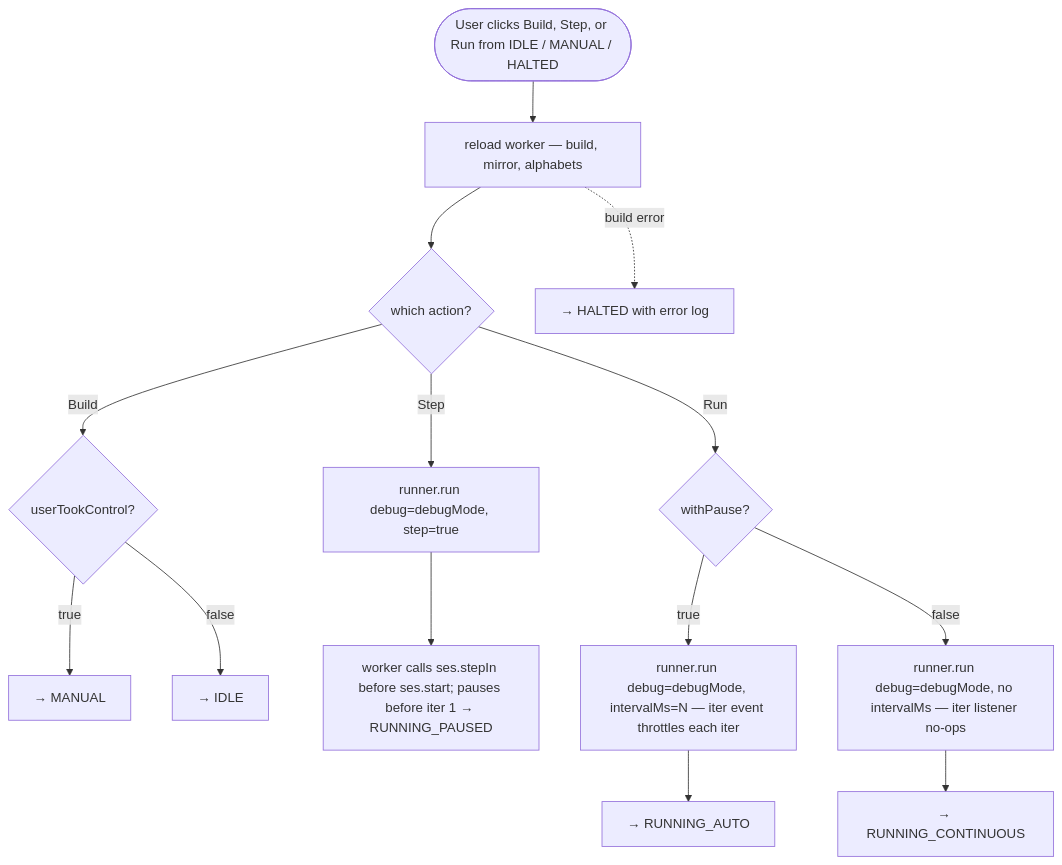
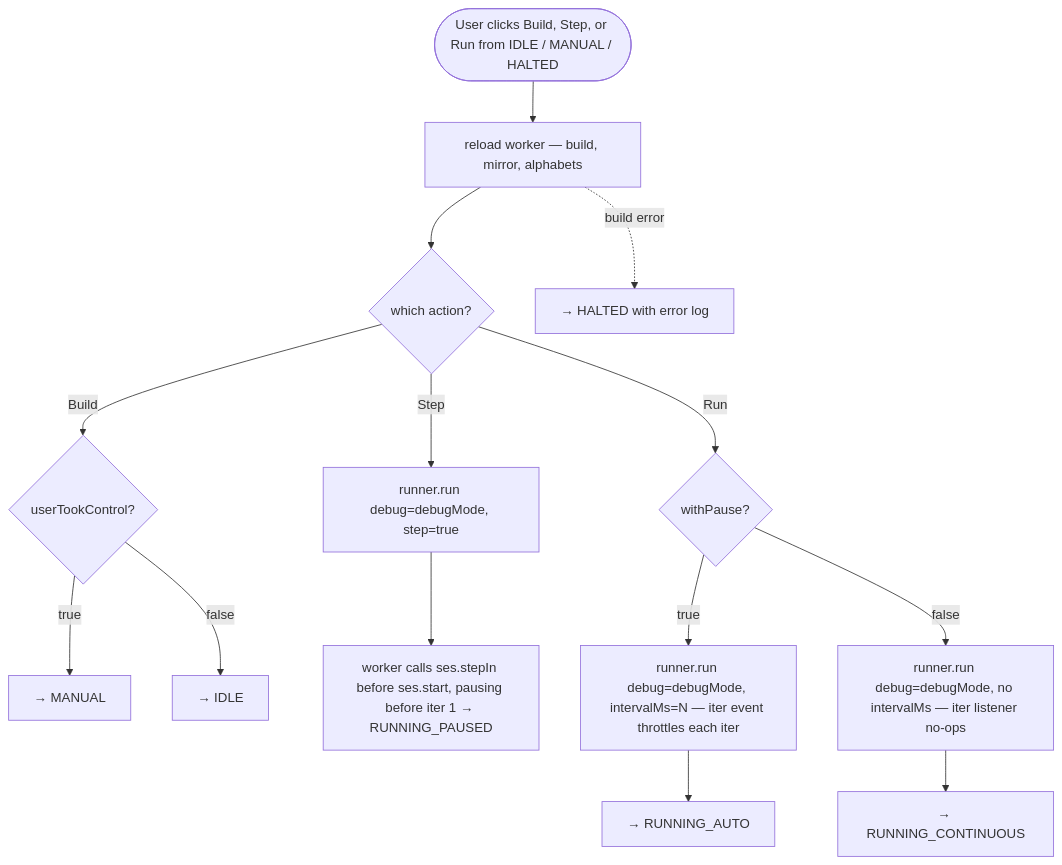
One commit to mellonis/machines-demo changed the second of 3 diagrams in docs/execution-model.md. Above: the diagram before and after it, drawn with Mermaid. The commit also changed other lines of this file, not shown here.

First line of the commit message:
docs: fix Mermaid parse error in execution-model.md (semicolons) (#82)

````diff
--- a/docs/execution-model.md
+++ b/docs/execution-model.md
@@ -179,17 +179,17 @@
 ```mermaid
 flowchart TD
     Start([User clicks Build, Step, or Run from IDLE / MANUAL / HALTED])
     Start --> Reload[reload worker — build, mirror, alphabets]
     Reload --> Action{which action?}
     Reload -. build error .-> ErrorOut[→ HALTED with error log]
     Action -->|Build| Resolve1{userTookControl?}
     Resolve1 -->|true| ManualOut[→ MANUAL]
     Resolve1 -->|false| IdleOut[→ IDLE]
     Action -->|Step| RunStep[runner.run debug=debugMode, step=true]
-    RunStep --> PauseOut[worker calls ses.stepIn before ses.start; pauses before iter 1 → RUNNING_PAUSED]
+    RunStep --> PauseOut[worker calls ses.stepIn before ses.start, pausing before iter 1 → RUNNING_PAUSED]
     Action -->|Run| WithPause{withPause?}
     WithPause -->|true| RunAuto[runner.run debug=debugMode, intervalMs=N — iter event throttles each iter]
     RunAuto --> AutoOut[→ RUNNING_AUTO]
     WithPause -->|false| RunCont[runner.run debug=debugMode, no intervalMs — iter listener no-ops]
     RunCont --> ContOut[→ RUNNING_CONTINUOUS]
 ```
````
